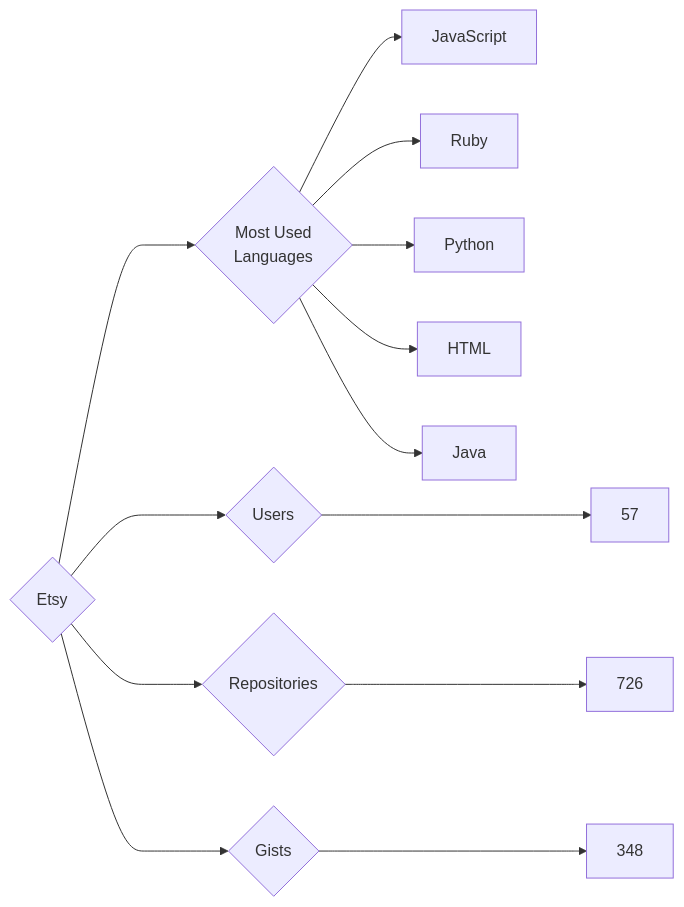
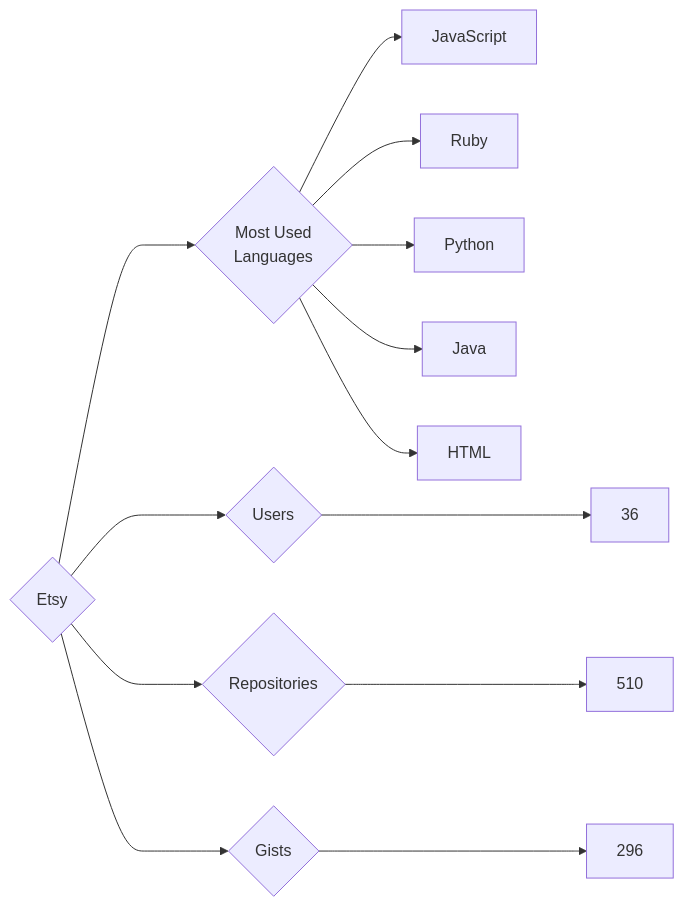
Before and after one commit to trickest/insiders: the diagram in targets/Etsy/README.md, drawn with Mermaid. The commit also changed 891 other files, not shown here.

````diff
--- a/targets/Etsy/README.md
+++ b/targets/Etsy/README.md
@@ -3,13 +3,13 @@
 ```mermaid
 graph LR
 COMPANY_NAME{Etsy}
-COMPANY_NAME ---> U{Users} ---> UN[57]
-COMPANY_NAME ---> R{Repositories} ---> RN[726]
-COMPANY_NAME ---> G{Gists} ---> GN[348]
+COMPANY_NAME ---> U{Users} ---> UN[36]
+COMPANY_NAME ---> R{Repositories} ---> RN[510]
+COMPANY_NAME ---> G{Gists} ---> GN[296]
 COMPANY_NAME ---> ML{Most Used<br>Languages}
 ML --> JavaScript[JavaScript]
 ML --> Ruby[Ruby]
 ML --> Python[Python]
+ML --> Java[Java]
 ML --> HTML[HTML]
-ML --> Java[Java]
 ```
````
